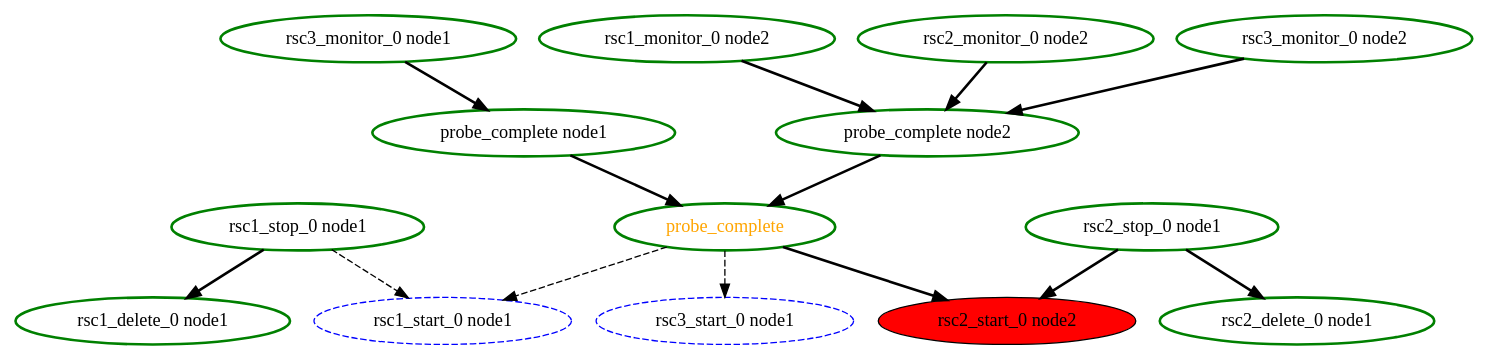
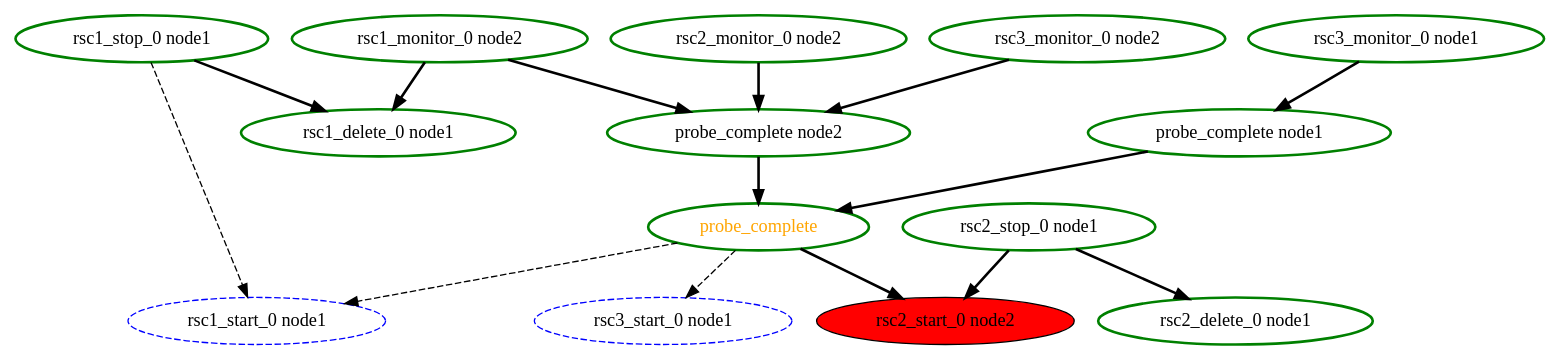
The diagram in crm/pengine/testcases/quorum-3.dot (richiewen8/heartbeat), drawn with Graphviz before and after one commit. The commit also changed 44 other files, not shown here.

```diff
--- a/crm/pengine/testcases/quorum-3.dot
+++ b/crm/pengine/testcases/quorum-3.dot
@@ -1,30 +1,31 @@
 digraph "g" {
 	size = "30,30"
 "probe_complete" [ style=bold color="green" fontcolor="orange" ]
 "probe_complete node1" [ style=bold color="green" fontcolor="black" ]
 "rsc3_monitor_0 node1" [ style=bold color="green" fontcolor="black" ]
 "probe_complete node2" [ style=bold color="green" fontcolor="black" ]
 "rsc1_monitor_0 node2" [ style=bold color="green" fontcolor="black" ]
 "rsc2_monitor_0 node2" [ style=bold color="green" fontcolor="black" ]
 "rsc3_monitor_0 node2" [ style=bold color="green" fontcolor="black" ]
 "rsc1_stop_0 node1" [ style=bold color="green" fontcolor="black" ]
 "rsc1_start_0 node1" [ style="dashed" color="blue" fontcolor="black" ]
 "rsc1_delete_0 node1" [ style=bold color="green" fontcolor="black" ]
 "rsc2_stop_0 node1" [ style=bold color="green" fontcolor="black" ]
 "rsc2_start_0 node2" [ font_color=purple style=filled fillcolor=red ]
 "rsc2_delete_0 node1" [ style=bold color="green" fontcolor="black" ]
 "rsc3_start_0 node1" [ style="dashed" color="blue" fontcolor="black" ]
 "probe_complete node1" -> "probe_complete" [ style = bold]
 "probe_complete node2" -> "probe_complete" [ style = bold]
 "rsc3_monitor_0 node1" -> "probe_complete node1" [ style = bold]
 "rsc1_monitor_0 node2" -> "probe_complete node2" [ style = bold]
 "rsc2_monitor_0 node2" -> "probe_complete node2" [ style = bold]
 "rsc3_monitor_0 node2" -> "probe_complete node2" [ style = bold]
 "probe_complete" -> "rsc1_start_0 node1" [ style = dashed]
 "rsc1_stop_0 node1" -> "rsc1_start_0 node1" [ style = dashed]
+"rsc1_monitor_0 node2" -> "rsc1_delete_0 node1" [ style = bold]
 "rsc1_stop_0 node1" -> "rsc1_delete_0 node1" [ style = bold]
 "probe_complete" -> "rsc2_start_0 node2" [ style = bold]
 "rsc2_stop_0 node1" -> "rsc2_start_0 node2" [ style = bold]
 "rsc2_stop_0 node1" -> "rsc2_delete_0 node1" [ style = bold]
 "probe_complete" -> "rsc3_start_0 node1" [ style = dashed]
 }
```
